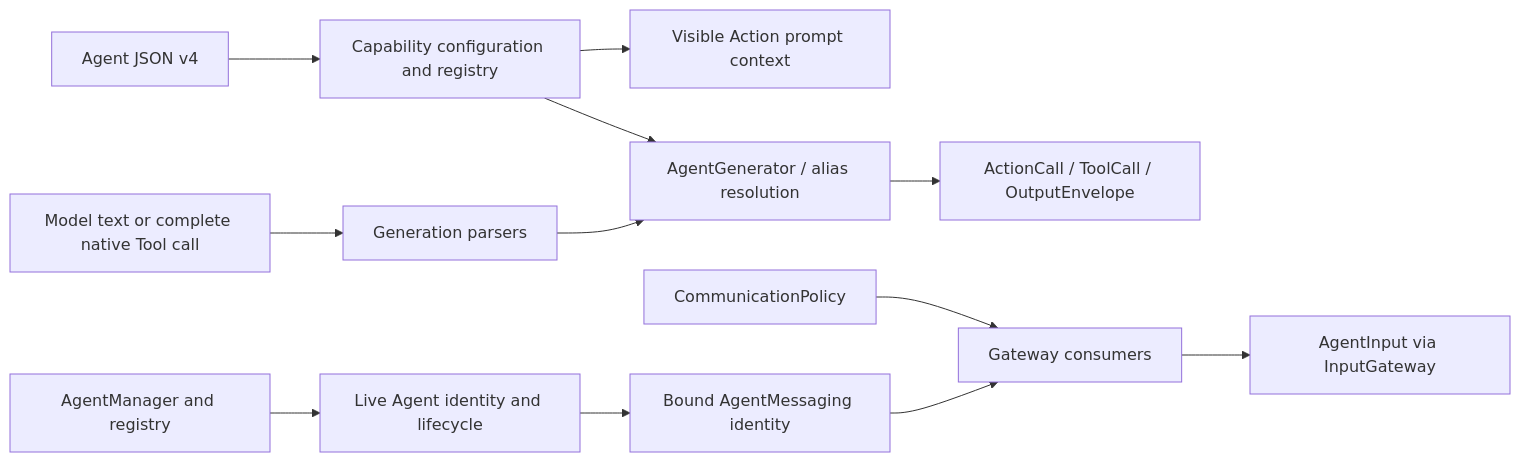
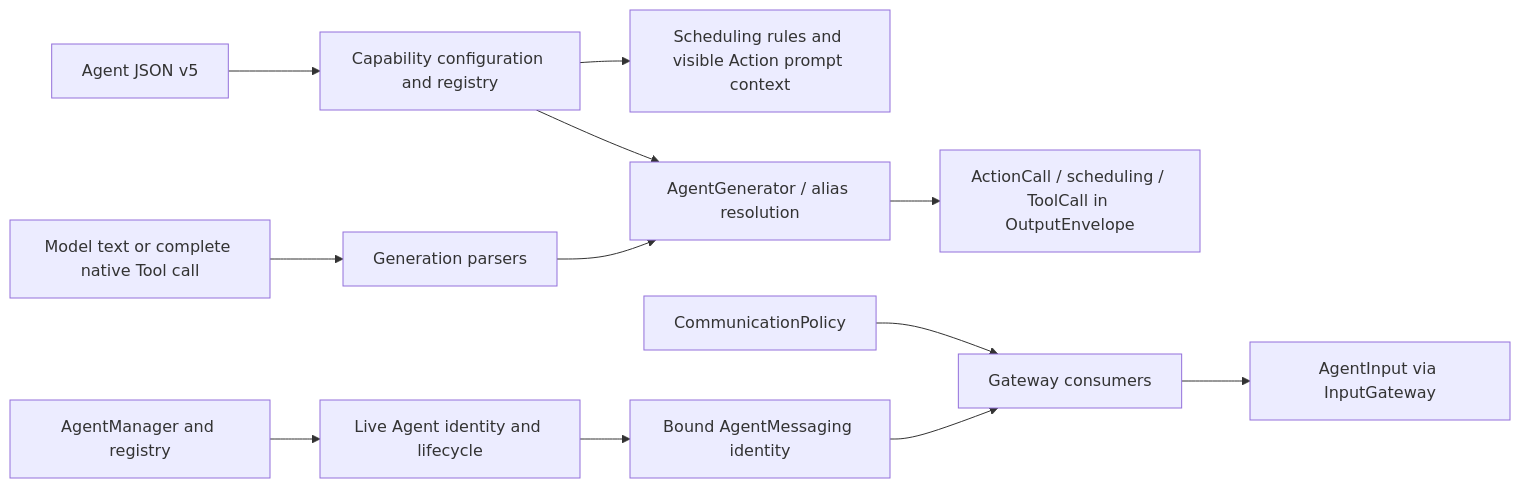
The second of 2 diagrams in MobileHarness/AgentCore/README.md (devilyouwei/MobileHarness), drawn with Mermaid before and after one commit. The commit also changed other lines of this file and 97 other files, not shown here.

First line of the commit message:
feat: persist conversation history and simplify agent configuration

````diff
--- a/MobileHarness/AgentCore/README.md
+++ b/MobileHarness/AgentCore/README.md
@@ -38,14 +38,14 @@
 ```mermaid
 flowchart LR
-    JSON[Agent JSON v4] --> Capability[Capability configuration and registry]
-    Capability --> Context[Visible Action prompt context]
+    JSON[Agent JSON v5] --> Capability[Capability configuration and registry]
+    Capability --> Context[Scheduling rules and visible Action prompt context]
     Capability --> Resolve[AgentGenerator / alias resolution]
     Fragments[Model text or complete native Tool call] --> Parse[Generation parsers]
     Parse --> Resolve
-    Resolve --> Output[ActionCall / ToolCall / OutputEnvelope]
+    Resolve --> Output[ActionCall / scheduling / ToolCall in OutputEnvelope]
     Runtime[AgentManager and registry] --> Identity[Live Agent identity and lifecycle]
     Identity --> Messaging[Bound AgentMessaging identity]
     Policy[CommunicationPolicy] --> Gateway[Gateway consumers]
     Messaging --> Gateway
     Gateway --> Input[AgentInput via InputGateway]
 ```
````
